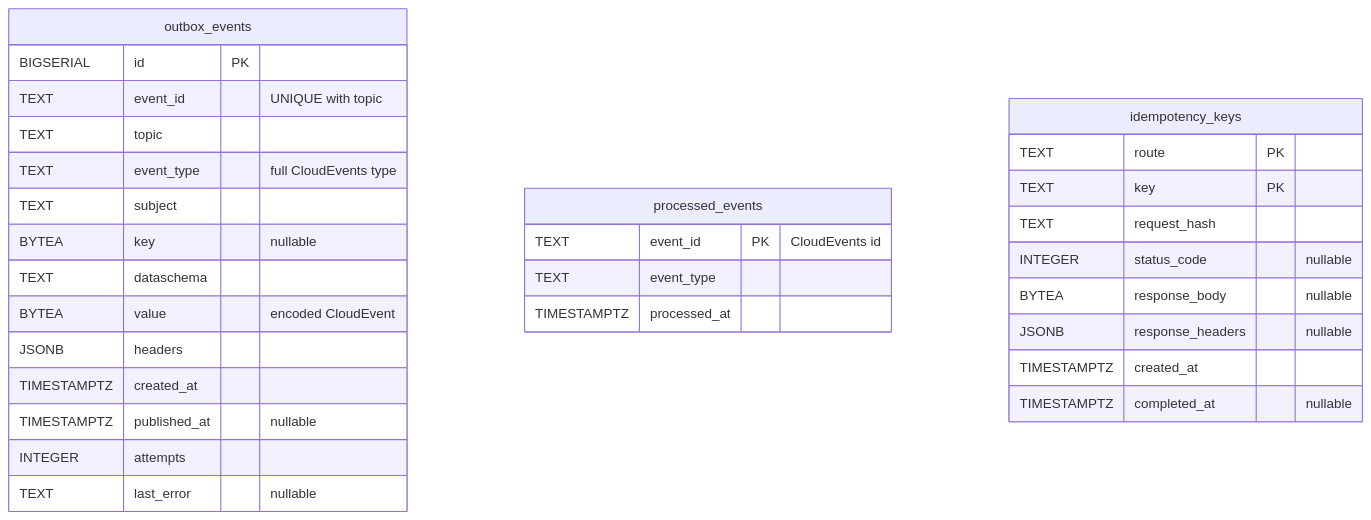
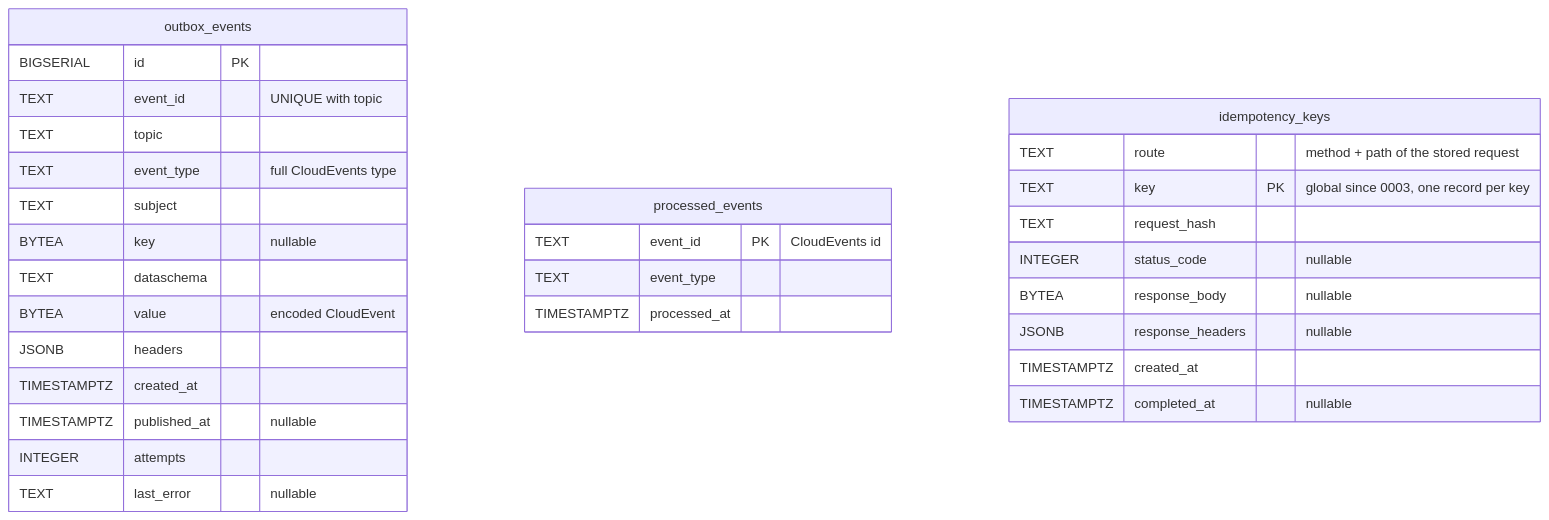
One commit to IQVO/seller-inbound changed the sixth of 6 diagrams in docs/docs/ddd/entity-relationship.md. Above: the diagram before and after it, drawn with Mermaid. The commit also changed other lines of this file and 9 other files, not shown here.

````diff
--- a/docs/docs/ddd/entity-relationship.md
+++ b/docs/docs/ddd/entity-relationship.md
@@ -117,33 +162,33 @@
 ```mermaid
 erDiagram
     outbox_events {
         BIGSERIAL id PK
         TEXT event_id "UNIQUE with topic"
         TEXT topic
         TEXT event_type "full CloudEvents type"
         TEXT subject
         BYTEA key "nullable"
         TEXT dataschema
         BYTEA value "encoded CloudEvent"
         JSONB headers
         TIMESTAMPTZ created_at
         TIMESTAMPTZ published_at "nullable"
         INTEGER attempts
         TEXT last_error "nullable"
     }
     processed_events {
         TEXT event_id PK "CloudEvents id"
         TEXT event_type
         TIMESTAMPTZ processed_at
     }
     idempotency_keys {
-        TEXT route PK
-        TEXT key PK
+        TEXT route "method + path of the stored request"
+        TEXT key PK "global since 0003, one record per key"
         TEXT request_hash
         INTEGER status_code "nullable"
         BYTEA response_body "nullable"
         JSONB response_headers "nullable"
         TIMESTAMPTZ created_at
         TIMESTAMPTZ completed_at "nullable"
     }
 ```
````
